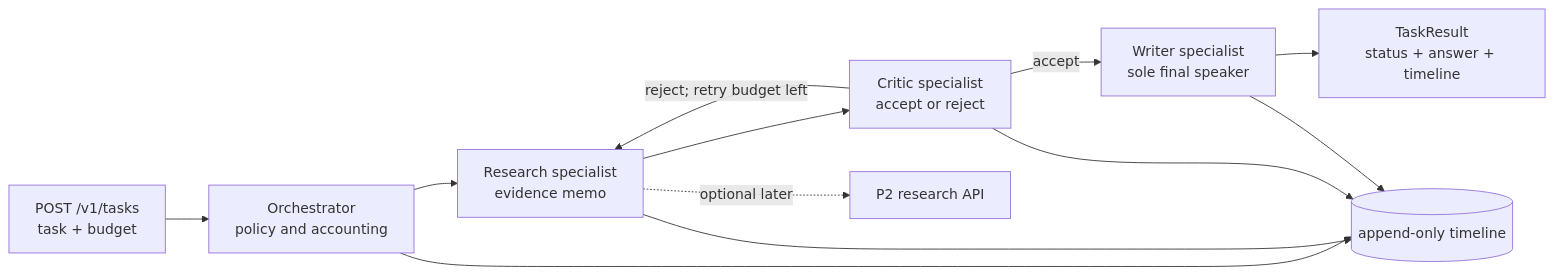
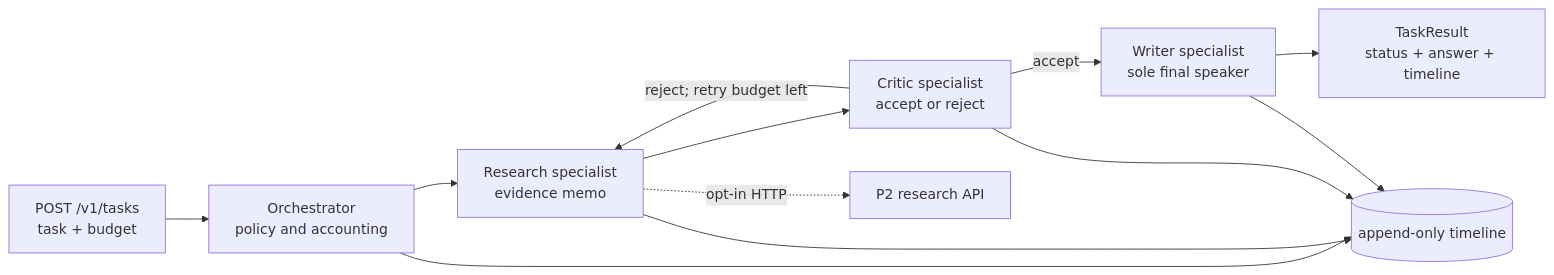
The second of 2 diagrams in docs/architecture.md (pabloalvarez99/multi-agent-orchestration), drawn with Mermaid before and after one commit. The commit also changed other lines of this file and 5 other files, not shown here.

````diff
--- a/docs/architecture.md
+++ b/docs/architecture.md
@@ -31,14 +35,14 @@
 ```mermaid
 flowchart LR
     U[POST /v1/tasks\ntask + budget] --> O[Orchestrator\npolicy and accounting]
     O --> R[Research specialist\nevidence memo]
     R --> C[Critic specialist\naccept or reject]
     C -->|reject; retry budget left| R
     C -->|accept| W[Writer specialist\nsole final speaker]
     W --> X[TaskResult\nstatus + answer + timeline]
-    R -. optional later .-> P2[P2 research API]
+    R -. opt-in HTTP .-> P2[P2 research API]
     O --> T[(append-only timeline)]
     R --> T
     C --> T
     W --> T
 ```
````
